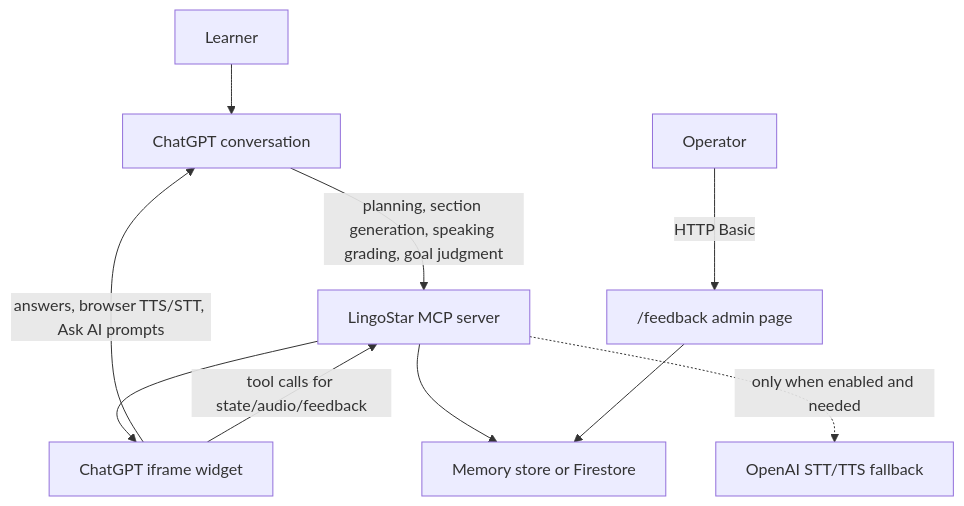
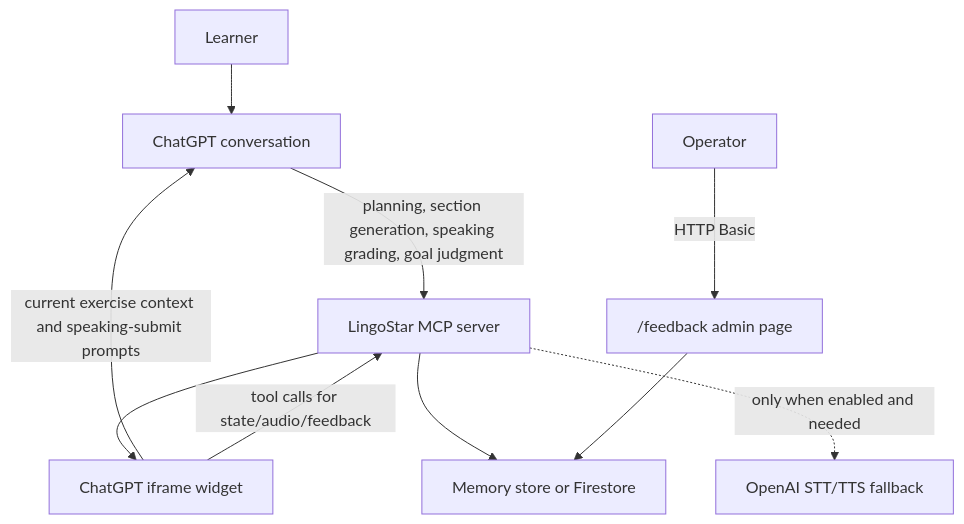
Before and after one commit to jeongwoo-gobroad/LingoStar: the diagram in docs/architecture.md, drawn with Mermaid. The commit also changed other lines of this file and 13 other files, not shown here.

````diff
--- a/docs/architecture.md
+++ b/docs/architecture.md
@@ -7,12 +7,12 @@
 ```mermaid
 flowchart TD
   User["Learner"] --> ChatGPT["ChatGPT conversation"]
   ChatGPT -->|"planning, section generation, speaking grading, goal judgment"| MCP["LingoStar MCP server"]
   MCP --> Widget["ChatGPT iframe widget"]
-  Widget -->|"answers, browser TTS/STT, Ask AI prompts"| ChatGPT
+  Widget -->|"current exercise context and speaking-submit prompts"| ChatGPT
   Widget -->|"tool calls for state/audio/feedback"| MCP
   MCP --> Store["Memory store or Firestore"]
   Admin["Operator"] -->|"HTTP Basic"| Feedback["/feedback admin page"]
   Feedback --> Store
   MCP -.->|"only when enabled and needed"| OpenAIAudio["OpenAI STT/TTS fallback"]
 ```
````
